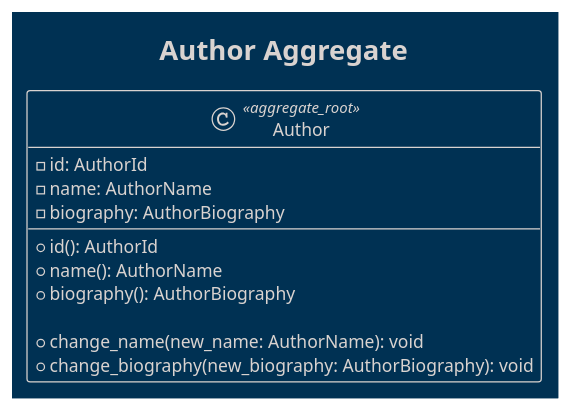
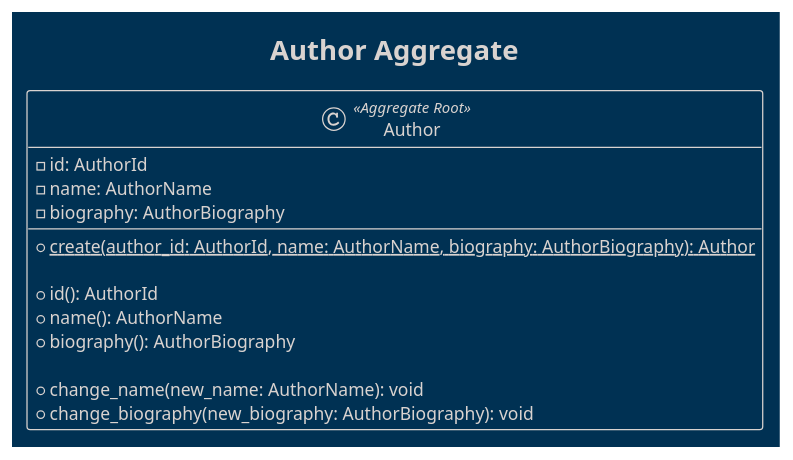
One commit to AymanKastali/bookshelf changed the diagram in docs/author.puml. Above: the diagram before and after it, drawn with PlantUML. The commit also changed 27 other files, not shown here.

```diff
--- a/docs/author.puml
+++ b/docs/author.puml
@@ -1,19 +1,21 @@
 @startuml author
 !theme blueprint
 
 title Author Aggregate
 
-class Author <<aggregate_root>> {
+class Author <<Aggregate Root>> {
     -id: AuthorId
     -name: AuthorName
     -biography: AuthorBiography
+
+    +{static} create(author_id: AuthorId, name: AuthorName, biography: AuthorBiography): Author
 
     +id(): AuthorId
     +name(): AuthorName
     +biography(): AuthorBiography
 
     +change_name(new_name: AuthorName): void
     +change_biography(new_biography: AuthorBiography): void
 }
 
 @enduml
```
